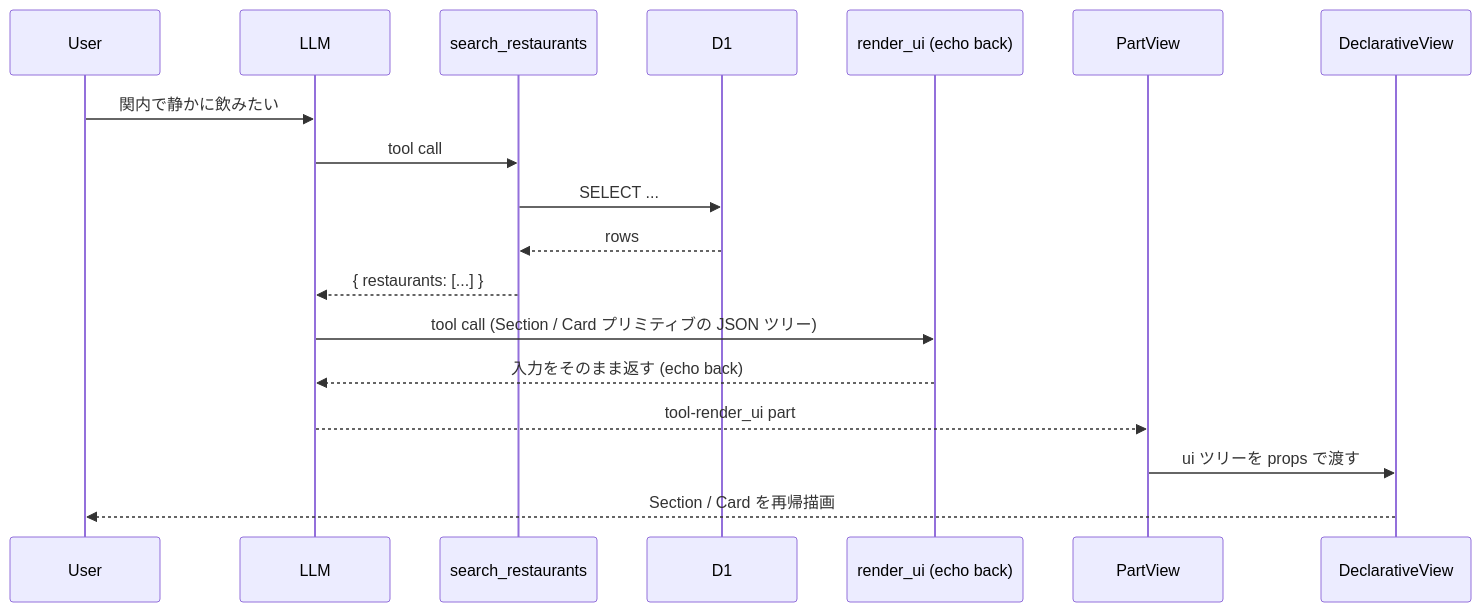
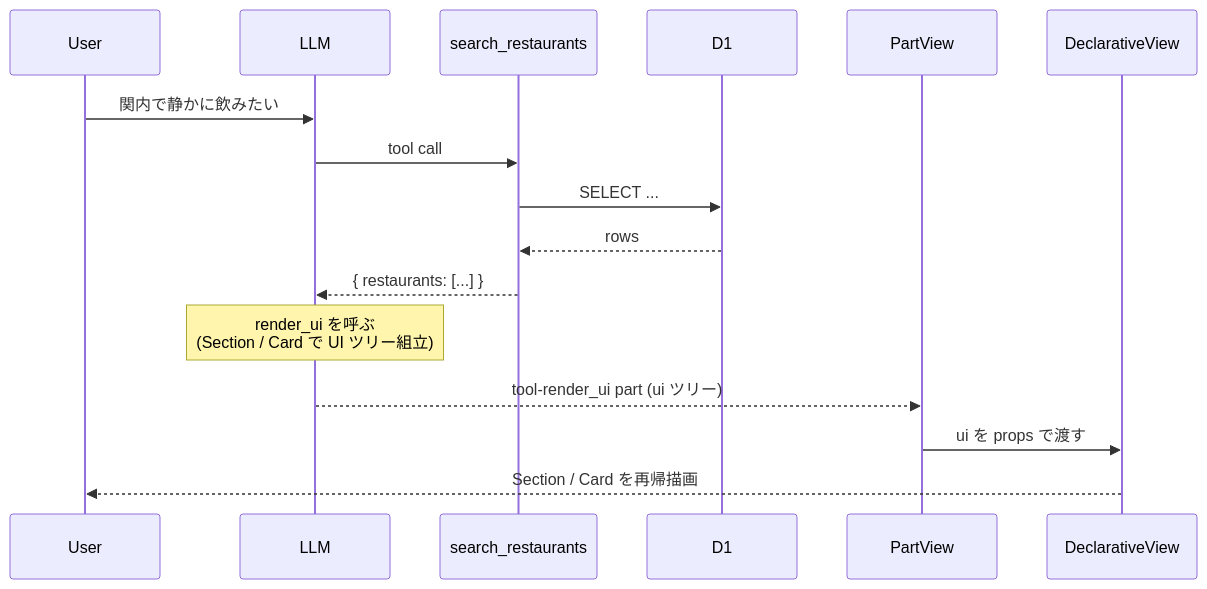
The sixth of 8 diagrams in README.md (yusukebe/generative-ui-playground), drawn with Mermaid before and after one commit. The commit also changed other lines of this file and 1 other file, not shown here.

First line of the commit message:
fix(README): echo back ツールを Note にまとめて図をスリム化

````diff
--- a/README.md
+++ b/README.md
@@ -155,21 +155,19 @@
 ```mermaid
 sequenceDiagram
   participant U as User
   participant L as LLM
-  participant T1 as search_restaurants
+  participant T as search_restaurants
   participant DB as D1
-  participant T2 as render_ui (echo back)
   participant P as PartView
   participant V as DeclarativeView
 
   U->>L: 関内で静かに飲みたい
-  L->>T1: tool call
-  T1->>DB: SELECT ...
-  DB-->>T1: rows
-  T1-->>L: { restaurants: [...] }
-  L->>T2: tool call (Section / Card プリミティブの JSON ツリー)
-  T2-->>L: 入力をそのまま返す (echo back)
-  L-->>P: tool-render_ui part
-  P->>V: ui ツリーを props で渡す
+  L->>T: tool call
+  T->>DB: SELECT ...
+  DB-->>T: rows
+  T-->>L: { restaurants: [...] }
+  Note over L: render_ui を呼ぶ<br/>(Section / Card で UI ツリー組立)
+  L-->>P: tool-render_ui part (ui ツリー)
+  P->>V: ui を props で渡す
   V-->>U: Section / Card を再帰描画
 ```
````
